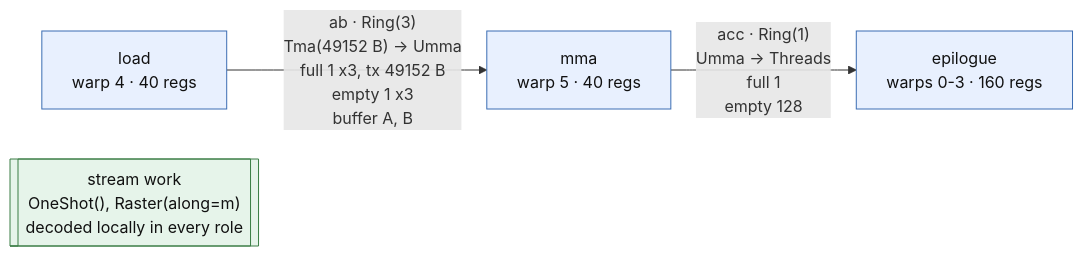
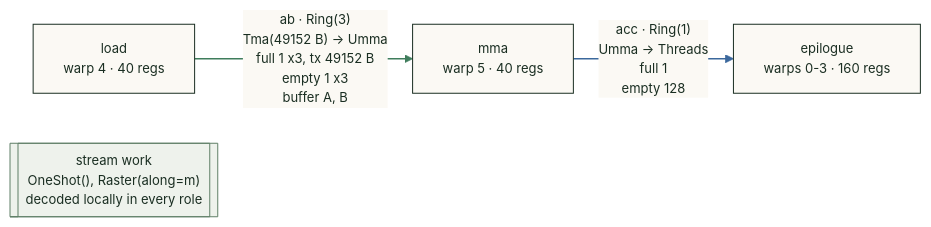
One commit to drisspg/transformer_nuggets changed the first of 3 diagrams in transformer_nuggets/cute/warpdrive/docs/tracing.md. Above: the diagram before and after it, drawn with Mermaid. The commit also changed other lines of this file and 4 other files, not shown here.

````diff
--- a/transformer_nuggets/cute/warpdrive/docs/tracing.md
+++ b/transformer_nuggets/cute/warpdrive/docs/tracing.md
@@ -141,15 +142,17 @@
 ```mermaid
-%%{init: {"flowchart": {"wrappingWidth": 400}}}%%
+%%{init: {"theme": "base", "flowchart": {"wrappingWidth": 400, "curve": "basis"}, "themeVariables": {"fontSize": "13px", "lineColor": "#6a7a6e", "edgeLabelBackground": "#fbf9f4", "primaryColor": "#fbf9f4", "primaryBorderColor": "#1a2e22", "primaryTextColor": "#1a2e22"}}}%%
 %% Gemm: 8 warps, single CTA, tcgen05 CtaGroup.ONE
 flowchart LR
   role_epilogue["epilogue<br>warps 0-3 · 160 regs"]
   role_load["load<br>warp 4 · 40 regs"]
   role_mma["mma<br>warp 5 · 40 regs"]
   stream_work[["stream work<br>OneShot(), Raster(along=m)<br>decoded locally in every role"]]
   role_load -->|"ab · Ring(3)<br>Tma(49152 B) -#gt; Umma<br>full 1 x3, tx 49152 B<br>empty 1 x3<br>buffer A, B"| role_mma
   role_mma -->|"acc · Ring(1)<br>Umma -#gt; Threads<br>full 1<br>empty 128"| role_epilogue
-  classDef role fill:#e8f0fe,stroke:#3b6db3,color:#111
+  classDef role fill:#fbf9f4,stroke:#1a2e22,color:#1a2e22
   class role_epilogue,role_load,role_mma role
-  classDef stream fill:#e6f4ea,stroke:#3a7d44,color:#111
+  classDef stream fill:#eef2ec,stroke:#5f7f67,color:#1a2e22
   class stream_work stream
+  linkStyle 0 stroke:#3f7d5c,stroke-width:1.6px
+  linkStyle 1 stroke:#3b689c,stroke-width:1.6px
 ```
````
